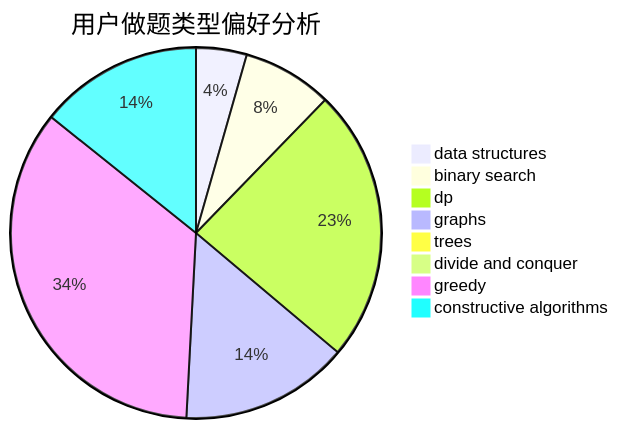
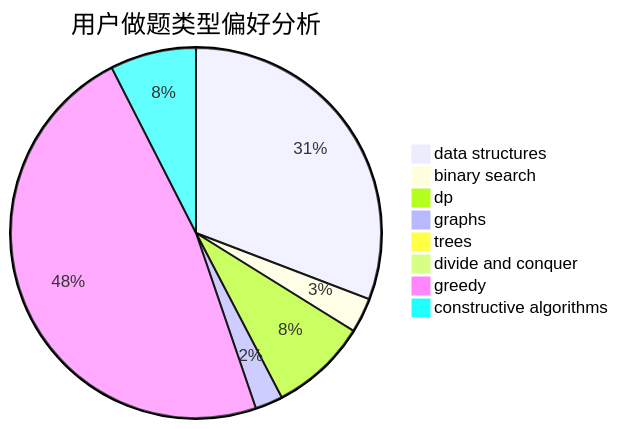
Before and after one commit to sherpahu/cfrs.github.io: the second of 3 diagrams in docs/user/u592.md, drawn with Mermaid. The commit also changed other lines of this file and 2770 other files, not shown here.

````diff
--- a/docs/user/u592.md
+++ b/docs/user/u592.md
@@ -23,11 +23,11 @@
 ```mermaid
 pie title 用户做题类型偏好分析
-    "data structures" :  40
-    "binary search" :  71
-    "dp" :  216
-    "graphs" :  133
-    "trees" :  7
-    "divide and conquer" :  8
-    "greedy" :  316
-    "constructive algorithms" :  129
+    "data structures" :  435
+    "binary search" :  43
+    "dp" :  120
+    "graphs" :  34
+    "trees" :  0
+    "divide and conquer" :  0
+    "greedy" :  674
+    "constructive algorithms" :  106
 ```
````
